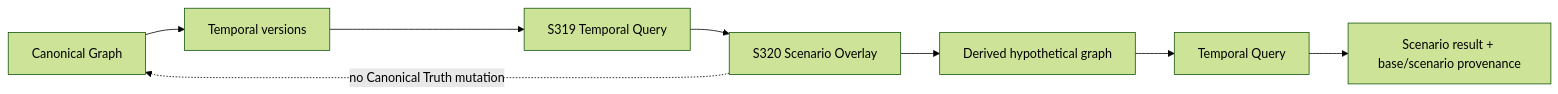
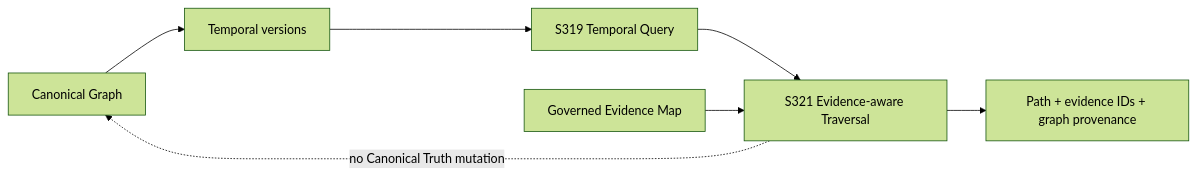
Before and after one commit to miumigy/scm-ontology: the second of 2 diagrams in docs/roadmap-post-m8.md, drawn with Mermaid (forest theme). The commit also changed other lines of this file, not shown here.

Commit message:
docs(s321): advance post-M8 roadmap

````diff
--- a/docs/roadmap-post-m8.md
+++ b/docs/roadmap-post-m8.md
@@ -25,10 +25,9 @@
 ```mermaid
 flowchart LR
     CG[Canonical Graph] --> T[Temporal versions]
     T --> Q[S319 Temporal Query]
-    Q --> SC[S320 Scenario Overlay]
-    SC --> V[Derived hypothetical graph]
-    V --> Q2[Temporal Query]
-    Q2 --> R[Scenario result + base/scenario provenance]
-    SC -. no Canonical Truth mutation .-> CG
+    Q --> EA[S321 Evidence-aware Traversal]
+    EV[Governed Evidence Map] --> EA
+    EA --> R[Path + evidence IDs + graph provenance]
+    EA -. no Canonical Truth mutation .-> CG
 ```
````
